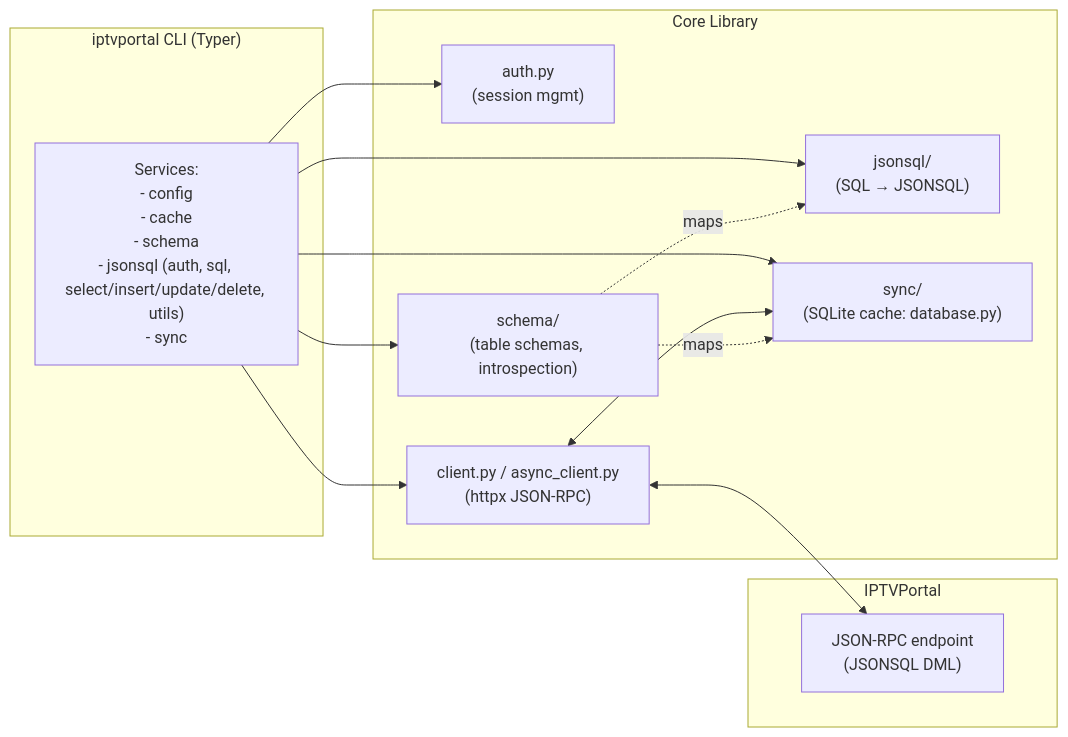
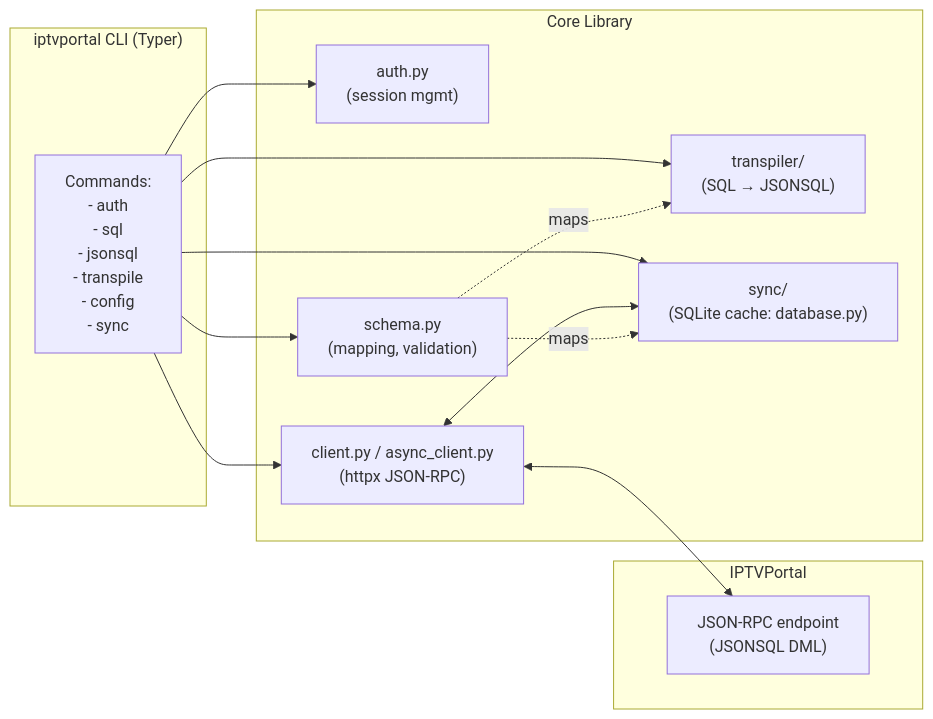
One commit to pv-udpv/iptvportal-client changed the first of 5 diagrams in README.md. Above: the diagram before and after it, drawn with Mermaid. The commit also changed other lines of this file and 6 other files, not shown here.

First line of the commit message:
Align README with architecture.md and add documentation validation tools

````diff
--- a/README.md
+++ b/README.md
@@ -854,29 +860,29 @@
 ```mermaid
 flowchart LR
   subgraph CLI["iptvportal CLI (Typer)"]
-    CMD["Services:\n- config\n- cache\n- schema\n- jsonsql (auth, sql, select/insert/update/delete, utils)\n- sync"]
+    CMD["Commands:\n- auth\n- sql\n- jsonsql\n- transpile\n- config\n- sync"]
   end
 
   subgraph Core["Core Library"]
     AUTH["auth.py\n(session mgmt)"]
     CLIENT["client.py / async_client.py\n(httpx JSON-RPC)"]
-    TRANS["jsonsql/\n(SQL → JSONSQL)"]
-    SCHEMA["schema/\n(table schemas, introspection)"]
+    TRANS["transpiler/\n(SQL → JSONSQL)"]
+    SCHEMA["schema.py\n(mapping, validation)"]
     SYNC["sync/\n(SQLite cache: database.py)"]
   end
 
   subgraph Server["IPTVPortal"]
     RPC["JSON-RPC endpoint\n(JSONSQL DML)"]
   end
 
   CMD --> AUTH
   CMD --> TRANS
   CMD --> CLIENT
   CMD --> SCHEMA
   CMD --> SYNC
   CLIENT <--> RPC
   CLIENT <--> SYNC
 
   SCHEMA -. maps .-> TRANS
   SCHEMA -. maps .-> SYNC
 ```
````
